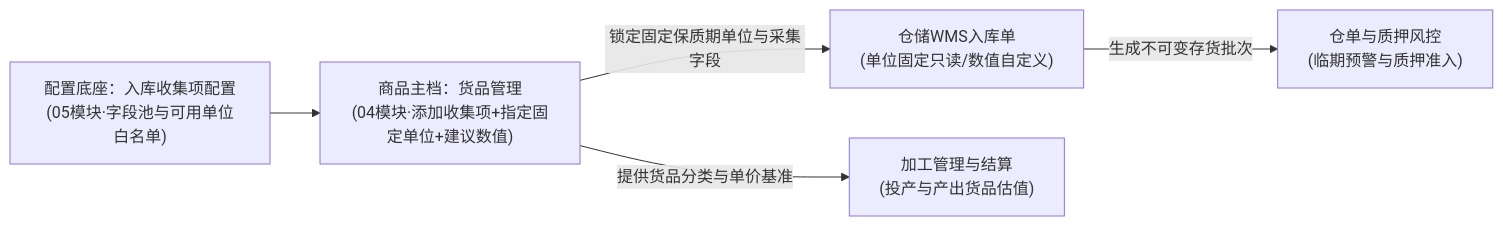
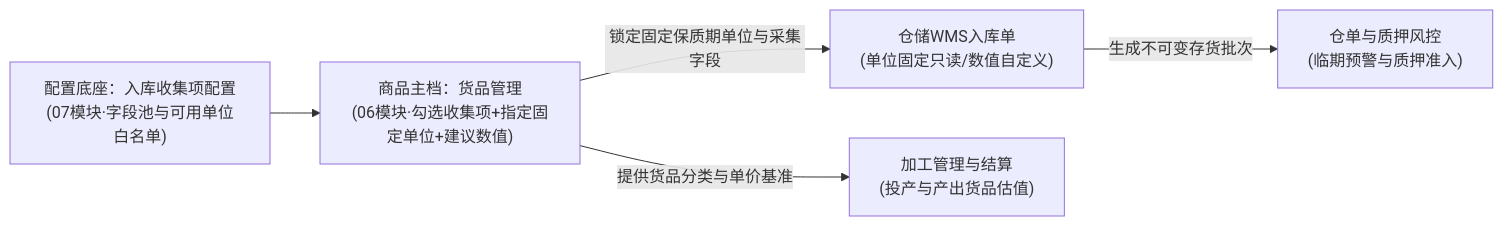
The diagram in 02-PRD文档/B-迭代需求/6.3版本（2026.09）/06-货品规格管理-货品管理/货品管理主PRD.md (RobertHuang999/SYZC), drawn with Mermaid before and after one commit. The commit also changed other lines of this file and 51 other files, not shown here.

````diff
--- a/02-PRD文档/B-迭代需求/6.3版本（2026.09）/06-货品规格管理-货品管理/货品管理主PRD.md
+++ b/02-PRD文档/B-迭代需求/6.3版本（2026.09）/06-货品规格管理-货品管理/货品管理主PRD.md
@@ -30,7 +30,7 @@
 ```mermaid
 flowchart LR
-    A["配置底座：入库收集项配置<br/>(05模块·字段池与可用单位白名单)"] --> B["商品主档：货品管理<br/>(04模块·添加收集项+指定固定单位+建议数值)"]
+    A["配置底座：入库收集项配置<br/>(07模块·字段池与可用单位白名单)"] --> B["商品主档：货品管理<br/>(06模块·勾选收集项+指定固定单位+建议数值)"]
     B -->|锁定固定保质期单位与采集字段| C["仓储WMS入库单<br/>(单位固定只读/数值自定义)"]
     C -->|生成不可变存货批次| D["仓单与质押风控<br/>(临期预警与质押准入)"]
     B -->|提供货品分类与单价基准| E["加工管理与结算<br/>(投产与产出货品估值)"]
 ```
````
